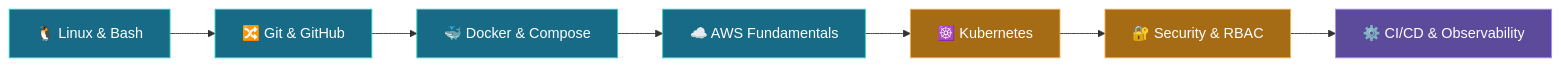
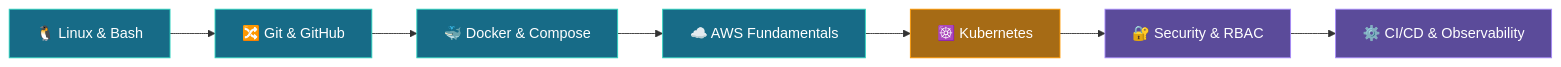
The diagram in README.md (mhmdhmdbdh2050/mhmdhmdbdh2050), drawn with Mermaid before and after one commit. The commit also changed other lines of this file, not shown here.

````diff
--- a/README.md
+++ b/README.md
@@ -67,16 +50,16 @@
 ```mermaid
 flowchart LR
     A[🐧 Linux & Bash] --> B[🔀 Git & GitHub]
     B --> C[🐳 Docker & Compose]
     C --> D[☁️ AWS Fundamentals]
     D --> E[☸️ Kubernetes]
     E --> F[🔐 Security & RBAC]
     F --> G[⚙️ CI/CD & Observability]
-    style A fill:#176b87,color:#fff,stroke:#2dd4bf
-    style B fill:#176b87,color:#fff,stroke:#2dd4bf
-    style C fill:#176b87,color:#fff,stroke:#2dd4bf
-    style D fill:#176b87,color:#fff,stroke:#2dd4bf
-    style E fill:#a66b15,color:#fff,stroke:#f0b44d
-    style F fill:#a66b15,color:#fff,stroke:#f0b44d
-    style G fill:#5b4b9a,color:#fff,stroke:#a78bfa
+    style A fill:#176b87,color:#fff,stroke:#2DD4BF
+    style B fill:#176b87,color:#fff,stroke:#2DD4BF
+    style C fill:#176b87,color:#fff,stroke:#2DD4BF
+    style D fill:#176b87,color:#fff,stroke:#2DD4BF
+    style E fill:#A66B15,color:#fff,stroke:#FF9900
+    style F fill:#5B4B9A,color:#fff,stroke:#A78BFA
+    style G fill:#5B4B9A,color:#fff,stroke:#A78BFA
 ```
````
